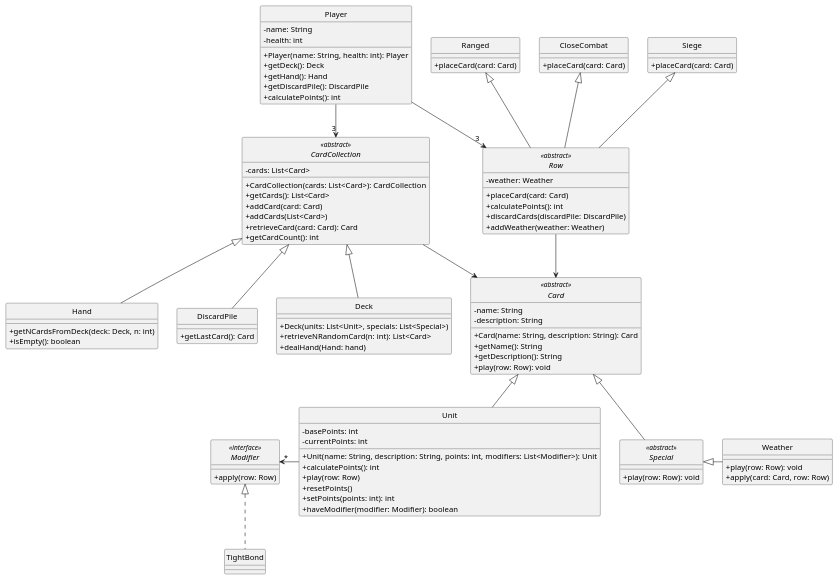
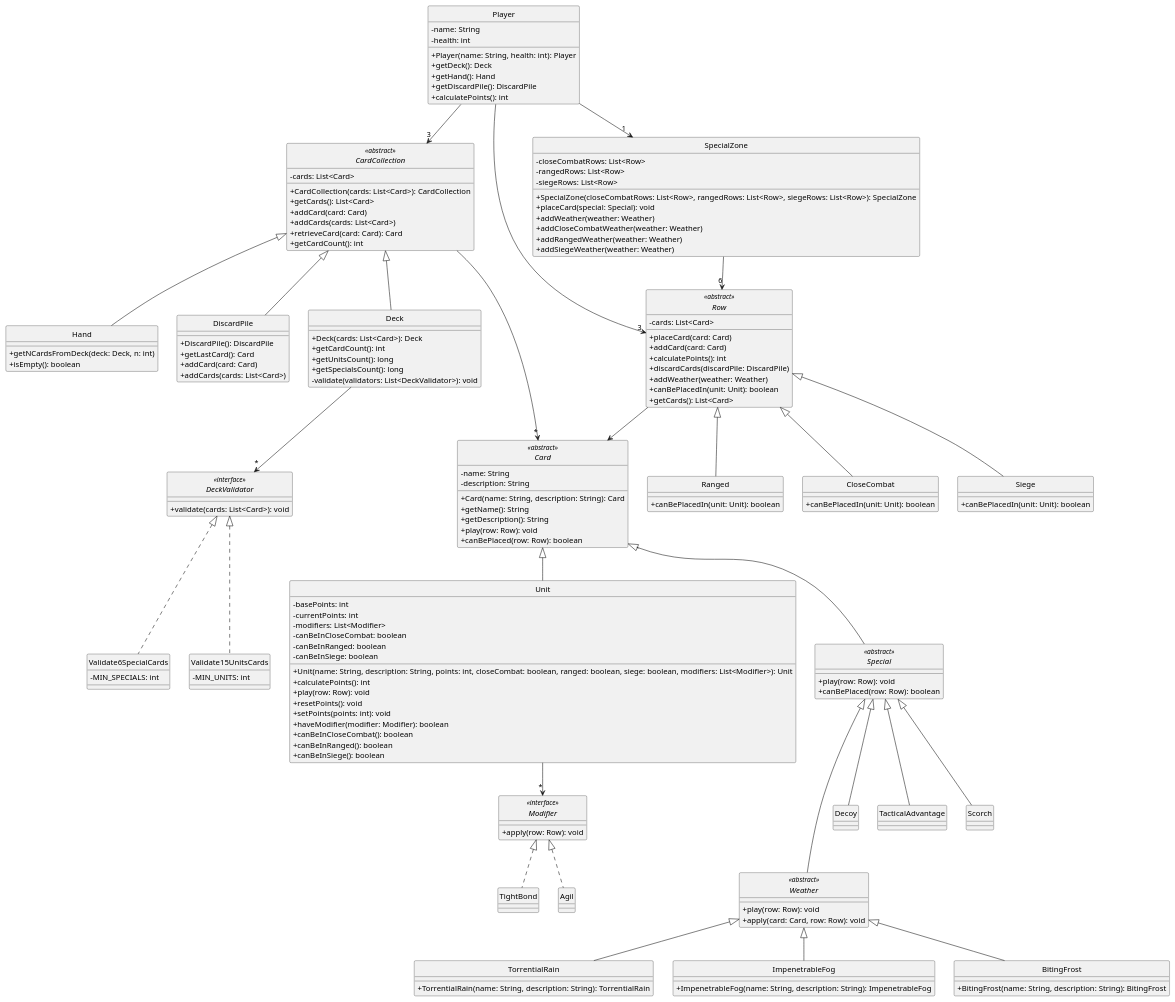
The diagram in diagrams/classes/general.plantuml (Yonhir/algo3_proyecto_base_tp2), drawn with PlantUML before and after one commit. The commit also changed 34 other files, not shown here.

```diff
--- a/diagrams/classes/general.plantuml
+++ b/diagrams/classes/general.plantuml
@@ -22,7 +22,7 @@
   +CardCollection(cards: List<Card>): CardCollection
   +getCards(): List<Card>
   +addCard(card: Card)
-  +addCards(List<Card>)
+  +addCards(cards: List<Card>)
   +retrieveCard(card: Card): Card
   +getCardCount(): int
 }
@@ -33,33 +33,65 @@
 }
 
 class DiscardPile {
+  +DiscardPile(): DiscardPile
   +getLastCard(): Card
+  +addCard(card: Card)
+  +addCards(cards: List<Card>)
 }
 
 class Deck {
-  +Deck(units: List<Unit>, specials: List<Special>)
-  +retrieveNRandomCard(n: int): List<Card>
-  +dealHand(Hand: hand)
+  +Deck(cards: List<Card>): Deck
+  +getCardCount(): int
+  +getUnitsCount(): long
+  +getSpecialsCount(): long
+  -validate(validators: List<DeckValidator>): void
 }
 
-interface Row <<abstract>> {
-  -weather: Weather
+interface DeckValidator <<interface>> {
+  +validate(cards: List<Card>): void
+}
+
+class Validate6SpecialCards {
+  -MIN_SPECIALS: int
+}
+
+class Validate15UnitsCards {
+  -MIN_UNITS: int
+}
+
+abstract class Row <<abstract>> {
+  -cards: List<Card>
   +placeCard(card: Card)
+  +addCard(card: Card)
   +calculatePoints(): int
   +discardCards(discardPile: DiscardPile)
   +addWeather(weather: Weather)
+  +canBePlacedIn(unit: Unit): boolean
+  +getCards(): List<Card>
 }
 
 class Ranged {
-  +placeCard(card: Card)
+  +canBePlacedIn(unit: Unit): boolean
 }
 
 class CloseCombat {
-  +placeCard(card: Card)
+  +canBePlacedIn(unit: Unit): boolean
 }
 
 class Siege {
-  +placeCard(card: Card)
+  +canBePlacedIn(unit: Unit): boolean
+}
+
+class SpecialZone {
+  -closeCombatRows: List<Row>
+  -rangedRows: List<Row>
+  -siegeRows: List<Row>
+  +SpecialZone(closeCombatRows: List<Row>, rangedRows: List<Row>, siegeRows: List<Row>): SpecialZone
+  +placeCard(special: Special): void
+  +addWeather(weather: Weather)
+  +addCloseCombatWeather(weather: Weather)
+  +addRangedWeather(weather: Weather)
+  +addSiegeWeather(weather: Weather)
 }
 
 abstract class Card <<abstract>> {
@@ -69,58 +101,107 @@
   +getName(): String
   +getDescription(): String
   +play(row: Row): void
+  +canBePlaced(row: Row): boolean
 }
 
 class Unit {
   -basePoints: int
   -currentPoints: int
-  +Unit(name: String, description: String, points: int, modifiers: List<Modifier>): Unit
+  -modifiers: List<Modifier>
+  -canBeInCloseCombat: boolean
+  -canBeInRanged: boolean
+  -canBeInSiege: boolean
+  +Unit(name: String, description: String, points: int, closeCombat: boolean, ranged: boolean, siege: boolean, modifiers: List<Modifier>): Unit
   +calculatePoints(): int
-  +play(row: Row)
-  +resetPoints()
-  +setPoints(points: int): int
+  +play(row: Row): void
+  +resetPoints(): void
+  +setPoints(points: int): void
   +haveModifier(modifier: Modifier): boolean
+  +canBeInCloseCombat(): boolean
+  +canBeInRanged(): boolean
+  +canBeInSiege(): boolean
 }
 
 abstract class Special <<abstract>> {
   +play(row: Row): void
-}
-
-class TightBond{
-
+  +canBePlaced(row: Row): boolean
 }
 
 interface Modifier <<interface>> {
-    +apply(row: Row)
+  +apply(row: Row): void
 }
 
-class Weather {
-  +play(row: Row): void
-  +apply(card: Card, row: Row)
+class TightBond {
 }
 
+class Agil {
+}
+
+abstract class Weather <<abstract>> {
+  +play(row: Row): void
+  +apply(card: Card, row: Row): void
+}
+
+class TorrentialRain {
+  +TorrentialRain(name: String, description: String): TorrentialRain
+}
+
+class ImpenetrableFog {
+  +ImpenetrableFog(name: String, description: String): ImpenetrableFog
+}
+
+class BitingFrost {
+  +BitingFrost(name: String, description: String): BitingFrost
+}
+
+class Decoy {
+}
+
+class TacticalAdvantage {
+}
+
+class Scorch {
+}
 
 ' =====================
 ' RELATIONSHIPS
 ' =====================
 Player --> "3" CardCollection
 Player --> "3" Row
+Player --> "1" SpecialZone
 
-CardCollection -->  Card
+SpecialZone --> "6" Row
+
+CardCollection --> "*" Card
 CardCollection <|-- Hand
 CardCollection <|-- DiscardPile
 CardCollection <|-- Deck
 
-Ranged <|-- Row
-CloseCombat <|-- Row
-Siege <|-- Row
+Row <|-- Ranged
+Row <|-- CloseCombat
+Row <|-- Siege
 
 Row --> Card
 
 Card <|-- Unit
 Card <|-- Special
-Modifier "*"<- Unit
+
+Unit --> "*" Modifier
+
 Modifier <|.. TightBond
-Special <|- Weather
+Modifier <|.. Agil
+
+Special <|-- Decoy
+Special <|-- TacticalAdvantage
+Special <|-- Scorch
+Special <|--- Weather
+
+Weather <|-- TorrentialRain
+Weather <|-- ImpenetrableFog
+Weather <|-- BitingFrost
+
+Deck --> "*" DeckValidator
+DeckValidator <|.. Validate6SpecialCards
+DeckValidator <|.. Validate15UnitsCards
 
 @enduml
```
